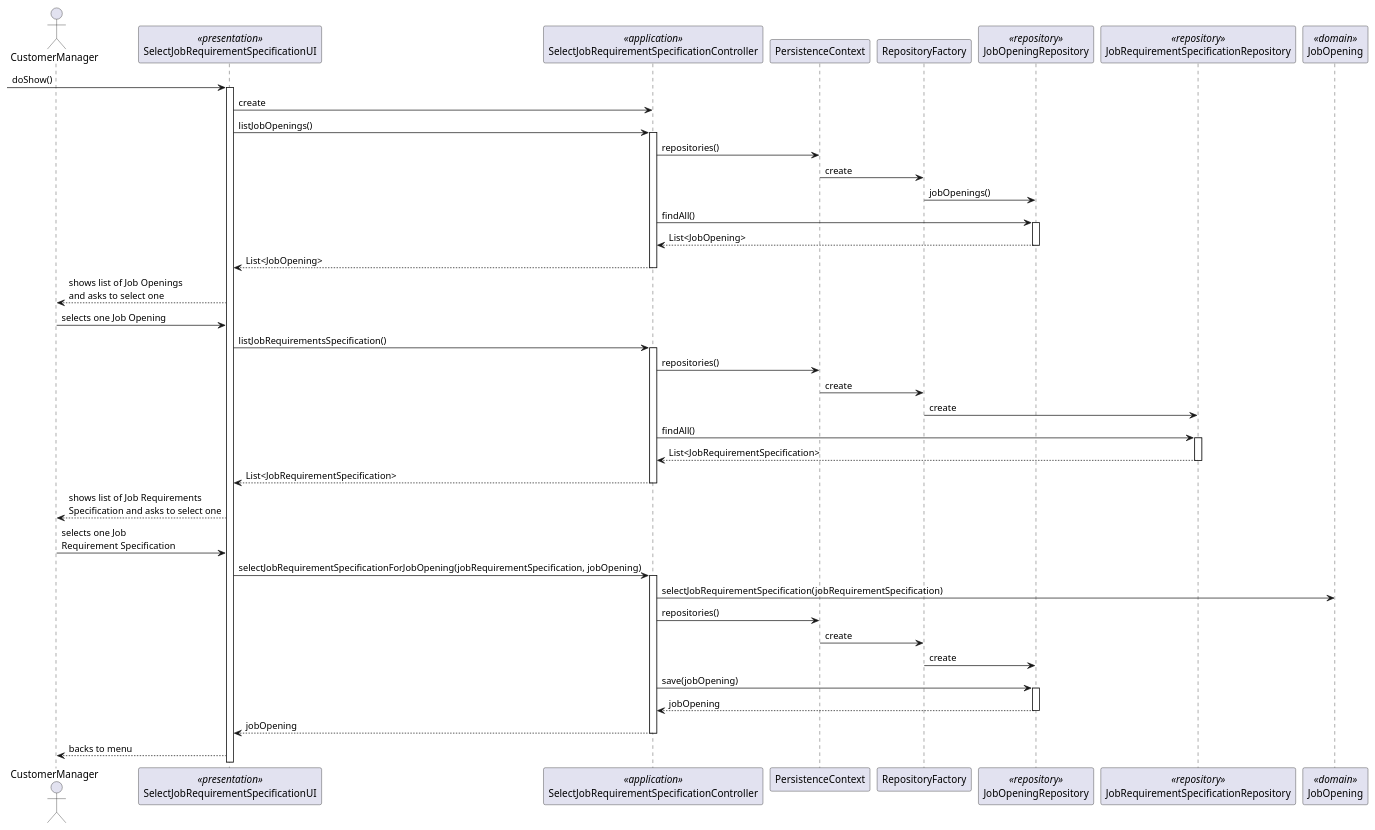
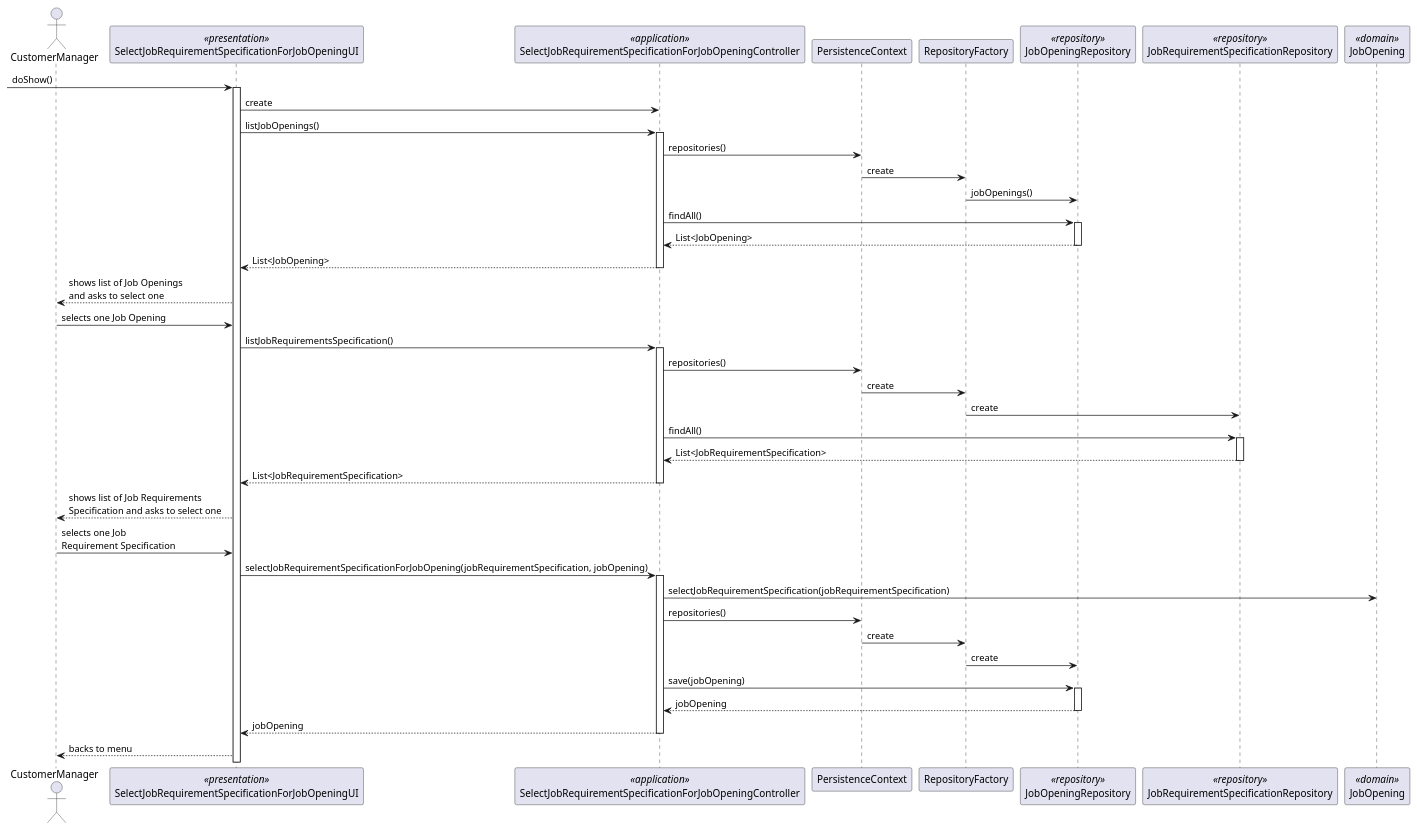
One commit to Rodrick0209/ISEP-SEM4PI-23-24 changed the diagram in docs/SprintB/us1009/SD/SD.puml. Above: the diagram before and after it, drawn with PlantUML. The commit also changed 4 other files, not shown here.

```diff
--- a/docs/SprintB/us1009/SD/SD.puml
+++ b/docs/SprintB/us1009/SD/SD.puml
@@ -1,65 +1,65 @@
 @startuml
 'https://plantuml.com/sequence-diagram
 
 
 actor CustomerManager
 
-participant SelectJobRequirementSpecificationUI <<presentation>>
-participant SelectJobRequirementSpecificationController <<application>>
+participant SelectJobRequirementSpecificationForJobOpeningUI <<presentation>>
+participant SelectJobRequirementSpecificationForJobOpeningController <<application>>
 participant PersistenceContext
 participant RepositoryFactory
 participant JobOpeningRepository <<repository>>
 participant JobRequirementSpecificationRepository <<repository>>
 participant JobOpening <<domain>>
 
--> SelectJobRequirementSpecificationUI: doShow()
-activate SelectJobRequirementSpecificationUI
-SelectJobRequirementSpecificationUI -> SelectJobRequirementSpecificationController : create
-SelectJobRequirementSpecificationUI -> SelectJobRequirementSpecificationController : listJobOpenings()
-activate SelectJobRequirementSpecificationController
-SelectJobRequirementSpecificationController -> PersistenceContext : repositories()
+-> SelectJobRequirementSpecificationForJobOpeningUI: doShow()
+activate SelectJobRequirementSpecificationForJobOpeningUI
+SelectJobRequirementSpecificationForJobOpeningUI -> SelectJobRequirementSpecificationForJobOpeningController : create
+SelectJobRequirementSpecificationForJobOpeningUI -> SelectJobRequirementSpecificationForJobOpeningController : listJobOpenings()
+activate SelectJobRequirementSpecificationForJobOpeningController
+SelectJobRequirementSpecificationForJobOpeningController -> PersistenceContext : repositories()
 PersistenceContext -> RepositoryFactory : create
 RepositoryFactory -> JobOpeningRepository : jobOpenings()
-SelectJobRequirementSpecificationController -> JobOpeningRepository : findAll()
+SelectJobRequirementSpecificationForJobOpeningController -> JobOpeningRepository : findAll()
 activate JobOpeningRepository
-JobOpeningRepository --> SelectJobRequirementSpecificationController : List<JobOpening>
+JobOpeningRepository --> SelectJobRequirementSpecificationForJobOpeningController : List<JobOpening>
 deactivate JobOpeningRepository
-SelectJobRequirementSpecificationController --> SelectJobRequirementSpecificationUI : List<JobOpening>
-deactivate SelectJobRequirementSpecificationController
+SelectJobRequirementSpecificationForJobOpeningController --> SelectJobRequirementSpecificationForJobOpeningUI : List<JobOpening>
+deactivate SelectJobRequirementSpecificationForJobOpeningController
 
-SelectJobRequirementSpecificationUI --> CustomerManager : shows list of Job Openings\nand asks to select one
-CustomerManager -> SelectJobRequirementSpecificationUI : selects one Job Opening
+SelectJobRequirementSpecificationForJobOpeningUI --> CustomerManager : shows list of Job Openings\nand asks to select one
+CustomerManager -> SelectJobRequirementSpecificationForJobOpeningUI : selects one Job Opening
 
-SelectJobRequirementSpecificationUI -> SelectJobRequirementSpecificationController : listJobRequirementsSpecification()
-activate SelectJobRequirementSpecificationController
-SelectJobRequirementSpecificationController -> PersistenceContext : repositories()
+SelectJobRequirementSpecificationForJobOpeningUI -> SelectJobRequirementSpecificationForJobOpeningController : listJobRequirementsSpecification()
+activate SelectJobRequirementSpecificationForJobOpeningController
+SelectJobRequirementSpecificationForJobOpeningController -> PersistenceContext : repositories()
 PersistenceContext -> RepositoryFactory : create
 RepositoryFactory -> JobRequirementSpecificationRepository : create
-SelectJobRequirementSpecificationController -> JobRequirementSpecificationRepository : findAll()
+SelectJobRequirementSpecificationForJobOpeningController -> JobRequirementSpecificationRepository : findAll()
 activate JobRequirementSpecificationRepository
-JobRequirementSpecificationRepository --> SelectJobRequirementSpecificationController : List<JobRequirementSpecification>
+JobRequirementSpecificationRepository --> SelectJobRequirementSpecificationForJobOpeningController : List<JobRequirementSpecification>
 deactivate JobRequirementSpecificationRepository
-SelectJobRequirementSpecificationController --> SelectJobRequirementSpecificationUI : List<JobRequirementSpecification>
-deactivate SelectJobRequirementSpecificationController
+SelectJobRequirementSpecificationForJobOpeningController --> SelectJobRequirementSpecificationForJobOpeningUI : List<JobRequirementSpecification>
+deactivate SelectJobRequirementSpecificationForJobOpeningController
 
-SelectJobRequirementSpecificationUI --> CustomerManager : shows list of Job Requirements\nSpecification and asks to select one
-CustomerManager -> SelectJobRequirementSpecificationUI : selects one Job \nRequirement Specification
+SelectJobRequirementSpecificationForJobOpeningUI --> CustomerManager : shows list of Job Requirements\nSpecification and asks to select one
+CustomerManager -> SelectJobRequirementSpecificationForJobOpeningUI : selects one Job \nRequirement Specification
 
-SelectJobRequirementSpecificationUI -> SelectJobRequirementSpecificationController : selectJobRequirementSpecificationForJobOpening(jobRequirementSpecification, jobOpening)
-activate SelectJobRequirementSpecificationController
-SelectJobRequirementSpecificationController -> JobOpening : selectJobRequirementSpecification(jobRequirementSpecification)
-SelectJobRequirementSpecificationController -> PersistenceContext : repositories()
+SelectJobRequirementSpecificationForJobOpeningUI -> SelectJobRequirementSpecificationForJobOpeningController : selectJobRequirementSpecificationForJobOpening(jobRequirementSpecification, jobOpening)
+activate SelectJobRequirementSpecificationForJobOpeningController
+SelectJobRequirementSpecificationForJobOpeningController -> JobOpening : selectJobRequirementSpecification(jobRequirementSpecification)
+SelectJobRequirementSpecificationForJobOpeningController -> PersistenceContext : repositories()
 PersistenceContext -> RepositoryFactory : create
 RepositoryFactory -> JobOpeningRepository : create
-SelectJobRequirementSpecificationController -> JobOpeningRepository : save(jobOpening)
+SelectJobRequirementSpecificationForJobOpeningController -> JobOpeningRepository : save(jobOpening)
 activate JobOpeningRepository
-JobOpeningRepository --> SelectJobRequirementSpecificationController : jobOpening
+JobOpeningRepository --> SelectJobRequirementSpecificationForJobOpeningController : jobOpening
 deactivate JobOpeningRepository
-SelectJobRequirementSpecificationController --> SelectJobRequirementSpecificationUI : jobOpening
-deactivate SelectJobRequirementSpecificationController
+SelectJobRequirementSpecificationForJobOpeningController --> SelectJobRequirementSpecificationForJobOpeningUI : jobOpening
+deactivate SelectJobRequirementSpecificationForJobOpeningController
 
-SelectJobRequirementSpecificationUI --> CustomerManager : backs to menu
+SelectJobRequirementSpecificationForJobOpeningUI --> CustomerManager : backs to menu
 
 
 
 @enduml
```
